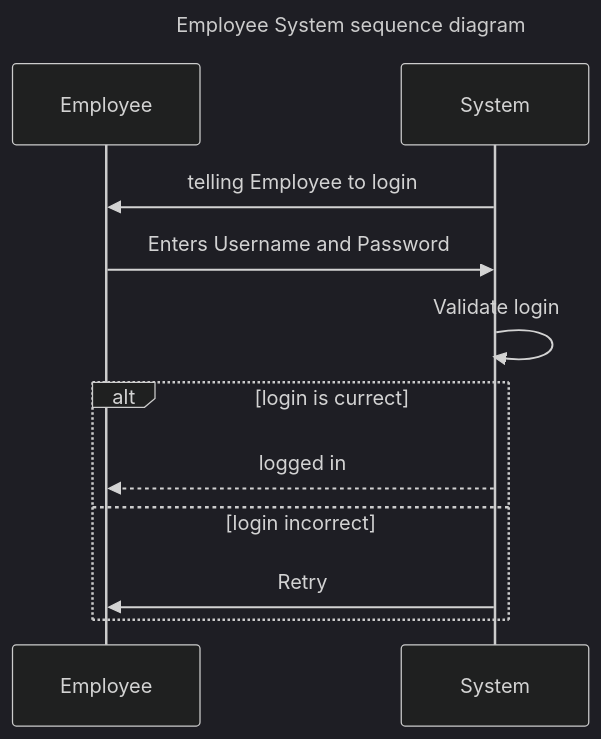
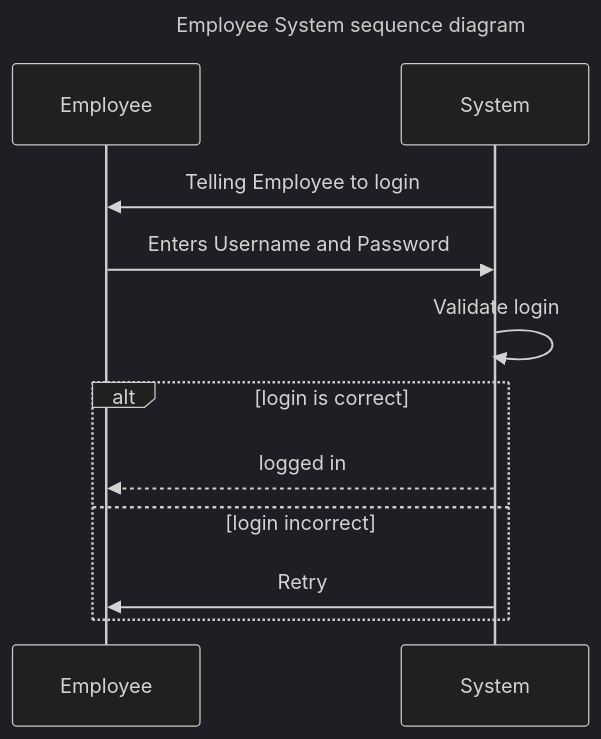
Before and after one commit to ZnowBaka/Haarmoni-ka: the diagram in Diagram/login feature/EmployeeLogin.md, drawn with Mermaid (dark theme). The commit also changed 2 other files, not shown here.

Commit message:
changed screen resolution and added some

````diff
--- a/Diagram/login feature/EmployeeLogin.md
+++ b/Diagram/login feature/EmployeeLogin.md
@@ -14,15 +14,15 @@
 ```mermaid
 sequenceDiagram
     title Employee System sequence diagram
     participant Employee
     participant System
 
-    System->>Employee: telling Employee to login
+    System->>Employee: Telling Employee to login
     Employee->>System: Enters Username and Password
     System->>System: Validate login
-    alt login is currect
+    alt login is correct
         System-->>Employee: logged in
     else login incorrect
         System->>Employee: Retry
     end
 ```
````
